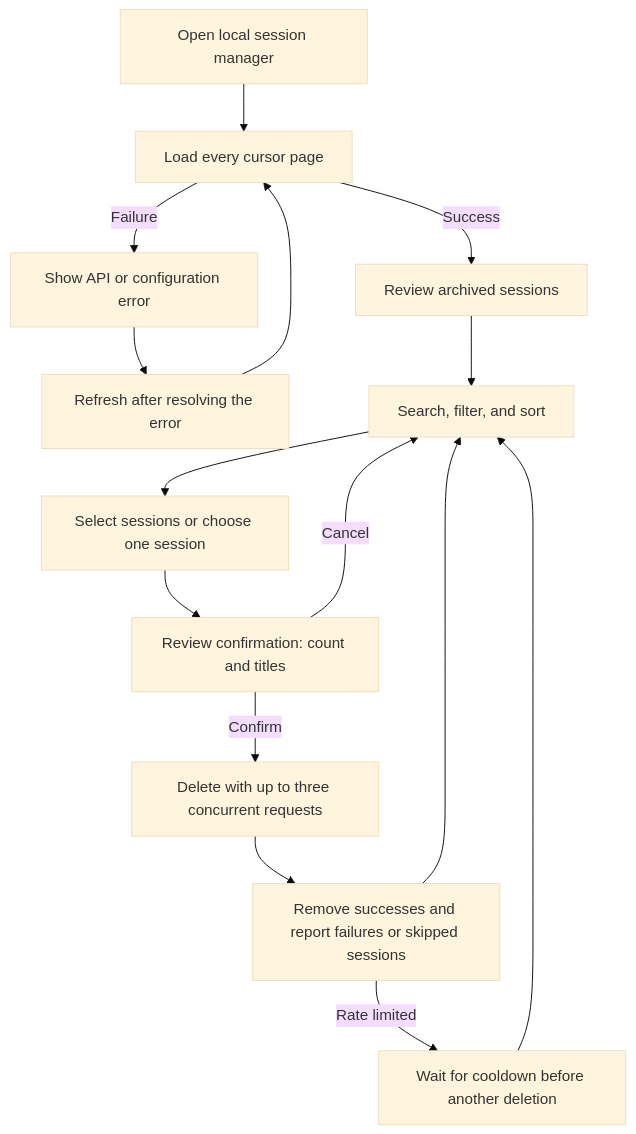
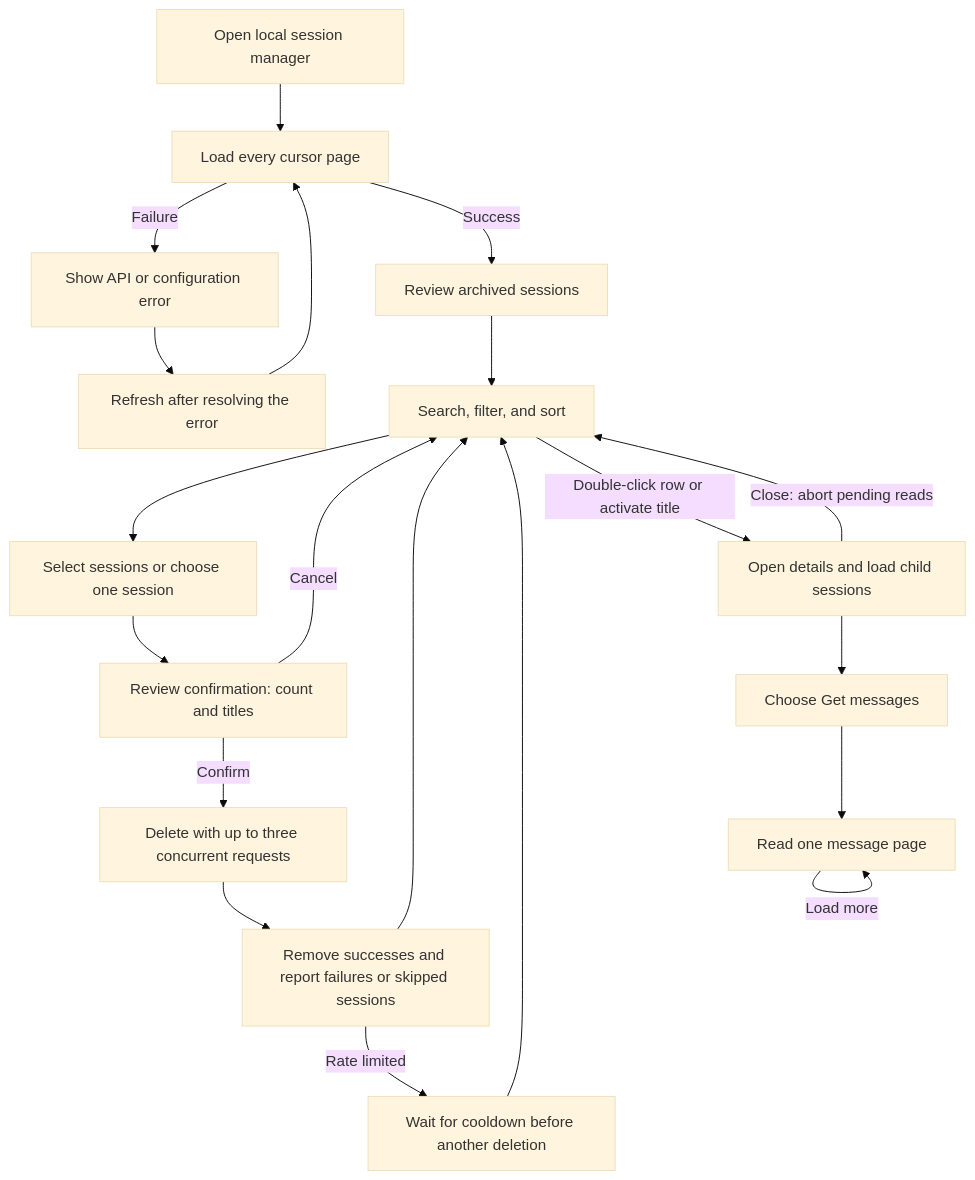
The second of 2 diagrams in architecture.md (johnpfeiffer/factory-session-manager), drawn with Mermaid (base theme) before and after one commit. The commit also changed other lines of this file and 13 other files, not shown here.

Commit message:
v2 includes double click to list child sessions and button to see (100) messages in a session

````diff
--- a/architecture.md
+++ b/architecture.md
@@ -37,17 +43,22 @@
 ```mermaid
 flowchart TD
     A[Open local session manager] --> B[Load every cursor page]
     B -->|Success| C[Review archived sessions]
     B -->|Failure| E[Show API or configuration error]
     E --> R[Refresh after resolving the error]
     R --> B
     C --> D[Search, filter, and sort]
     D --> S[Select sessions or choose one session]
+    D -->|Double-click row or activate title| J[Open details and load child sessions]
+    J --> K[Choose Get messages]
+    K --> L[Read one message page]
+    L -->|Load more| L
+    J -->|Close: abort pending reads| D
     S --> F[Review confirmation: count and titles]
     F -->|Cancel| D
     F -->|Confirm| G[Delete with up to three concurrent requests]
     G --> H[Remove successes and report failures or skipped sessions]
     H -->|Rate limited| I[Wait for cooldown before another deletion]
     H --> D
     I --> D
 ```
````
